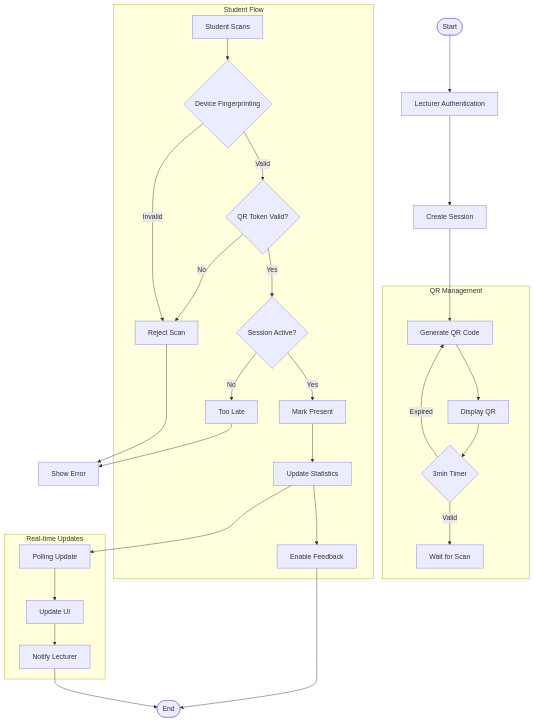
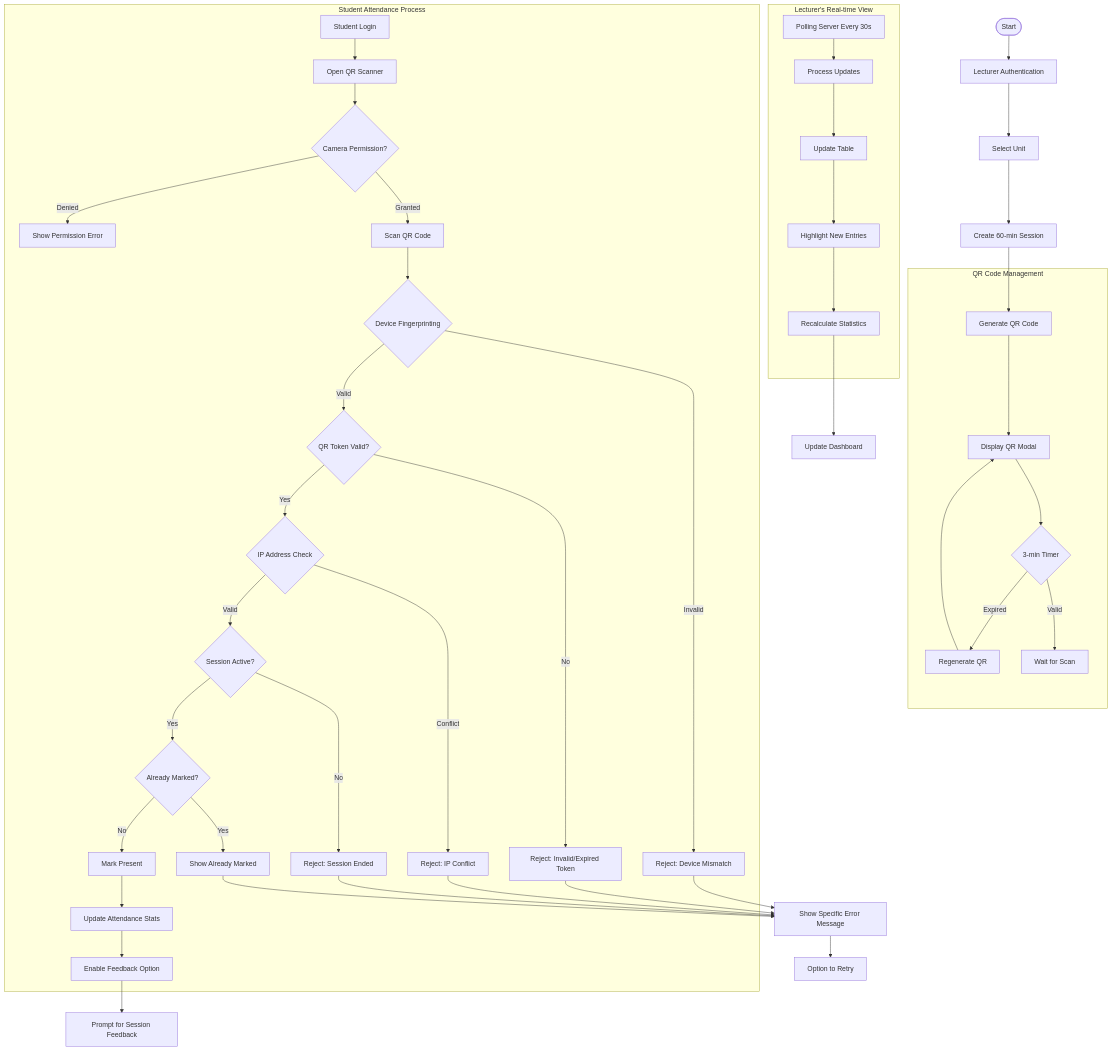
Before and after one commit to Austinkuria/attendance-system: the fifth of 10 diagrams in documentation.md, drawn with Mermaid. The commit also changed other lines of this file, not shown here.

Commit message:
docs: update documentation for Smart Attendance System; improve user guides and setup instructions

````diff
--- a/documentation.md
+++ b/documentation.md
@@ -521,39 +287,54 @@
 ```mermaid
 flowchart TB
     Start([Start]) --> LecturerAuth[Lecturer Authentication]
-    LecturerAuth --> CreateSession[Create Session]
+    LecturerAuth --> UnitSelect[Select Unit]
+    UnitSelect --> CreateSession[Create 60-min Session]
     CreateSession --> GenerateQR[Generate QR Code]
     
-    subgraph QR_Management[QR Management]
-        GenerateQR --> DisplayQR[Display QR]
-        DisplayQR --> RefreshTimer{3min Timer}
-        RefreshTimer -->|Expired| GenerateQR
+    subgraph QR_Management[QR Code Management]
+        GenerateQR --> DisplayQR[Display QR Modal]
+        DisplayQR --> RefreshTimer{3-min Timer}
+        RefreshTimer -->|Expired| RegenerateQR[Regenerate QR]
         RefreshTimer -->|Valid| WaitScan[Wait for Scan]
+        RegenerateQR --> DisplayQR
     end
     
-    subgraph Student_Flow[Student Flow]
-        StudentScan[Student Scans] --> DeviceCheck{Device Fingerprinting}
+    subgraph Student_Flow[Student Attendance Process]
+        StudentLogin[Student Login] --> OpenScanner[Open QR Scanner]
+        OpenScanner --> CameraPermission{Camera Permission?}
+        CameraPermission -->|Denied| PermissionError[Show Permission Error]
+        CameraPermission -->|Granted| ScanAttempt[Scan QR Code]
+        
+        ScanAttempt --> DeviceCheck{Device Fingerprinting}
         DeviceCheck -->|Valid| TokenCheck{QR Token Valid?}
-        DeviceCheck -->|Invalid| RejectScan[Reject Scan]
+        DeviceCheck -->|Invalid| RejectScan[Reject: Device Mismatch]
         
-        TokenCheck -->|Yes| SessionStatus{Session Active?}
-        TokenCheck -->|No| RejectScan
+        TokenCheck -->|Yes| IPCheck{IP Address Check}
+        TokenCheck -->|No| InvalidToken[Reject: Invalid/Expired Token]
         
-        SessionStatus -->|Yes| MarkAttendance[Mark Present]
-        SessionStatus -->|No| RejectLate[Too Late]
+        IPCheck -->|Valid| SessionStatus{Session Active?}
+        IPCheck -->|Conflict| IPConflict[Reject: IP Conflict]
         
-        MarkAttendance --> UpdateStats[Update Statistics]
-        UpdateStats --> EnableFeedback[Enable Feedback]
+        SessionStatus -->|Yes| DuplicateCheck{Already Marked?}
+        SessionStatus -->|No| SessionEnded[Reject: Session Ended]
+        
+        DuplicateCheck -->|No| MarkAttendance[Mark Present]
+        DuplicateCheck -->|Yes| AlreadyMarked[Show Already Marked]
+        
+        MarkAttendance --> UpdateStats[Update Attendance Stats]
+        UpdateStats --> EnableFeedback[Enable Feedback Option]
     end
     
-    subgraph Realtime_Updates[Real-time Updates]
-        UpdateStats --> PollServer[Polling Update]
-        PollServer --> UpdateUI[Update UI]
-        UpdateUI --> NotifyLecturer[Notify Lecturer]
+    subgraph Realtime_Updates[Lecturer's Real-time View]
+        PollServer[Polling Server Every 30s] --> ProcessUpdate[Process Updates]
+        ProcessUpdate --> UpdateUI[Update Table]
+        UpdateUI --> HighlightNew[Highlight New Entries]
+        HighlightNew --> CalculateStats[Recalculate Statistics]
     end
     
-    RejectScan --> Error[Show Error]
-    RejectLate --> Error
-    EnableFeedback --> End([End])
-    NotifyLecturer --> End
+    RejectScan & InvalidToken & IPConflict & SessionEnded & AlreadyMarked --> ShowError[Show Specific Error Message]
+    ShowError --> RetryOption[Option to Retry]
+    
+    EnableFeedback --> FeedbackPrompt[Prompt for Session Feedback]
+    CalculateStats --> Dashboard[Update Dashboard]
 ```
````
